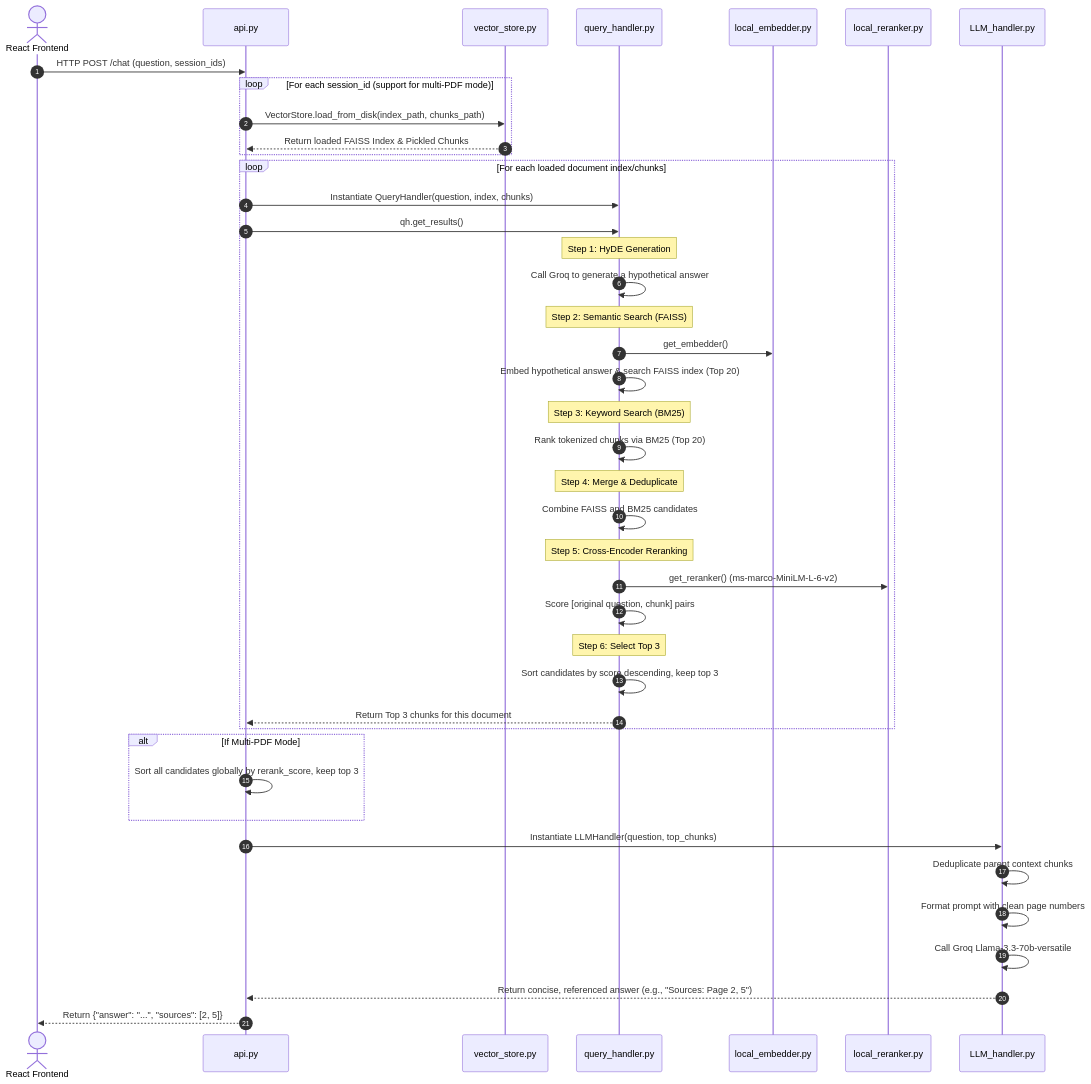
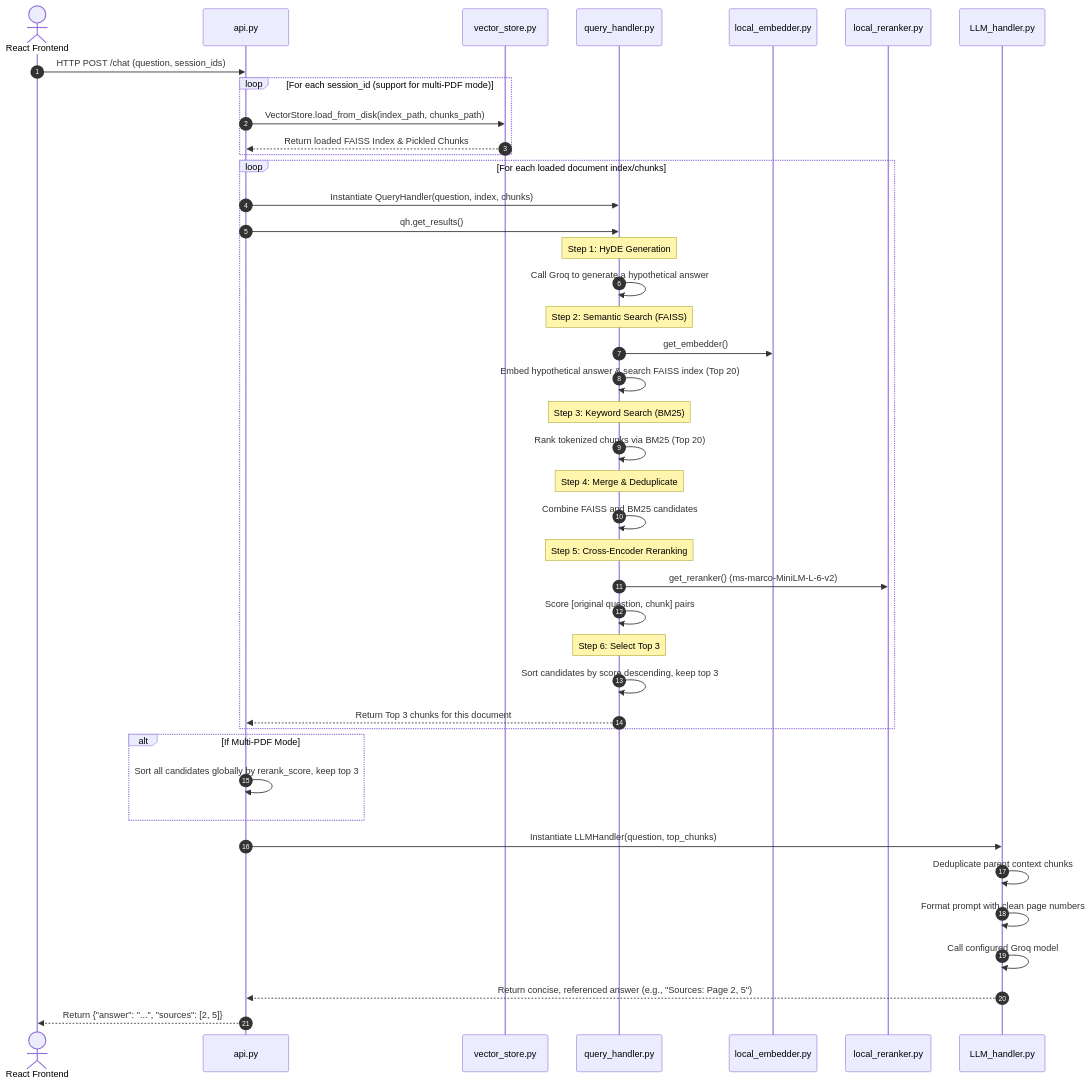
The second of 2 diagrams in backend_architecture_walkthrough.md (WasayRabbani/RAG-document-QA), drawn with Mermaid before and after one commit. The commit also changed other lines of this file and 30 other files, not shown here.

````diff
--- a/backend_architecture_walkthrough.md
+++ b/backend_architecture_walkthrough.md
@@ -130,56 +130,56 @@
 ```mermaid
 sequenceDiagram
     autonumber
     actor User as React Frontend
     participant API as api.py
     participant Store as vector_store.py
     participant QH as query_handler.py
     participant Model as local_embedder.py
     participant Reranker as local_reranker.py
     participant LLM as LLM_handler.py
 
     User->>API: HTTP POST /chat (question, session_ids)
     
     loop For each session_id (support for multi-PDF mode)
         API->>Store: VectorStore.load_from_disk(index_path, chunks_path)
         Store-->>API: Return loaded FAISS Index & Pickled Chunks
     end
     
     loop For each loaded document index/chunks
         API->>QH: Instantiate QueryHandler(question, index, chunks)
         API->>QH: qh.get_results()
         
         Note over QH: Step 1: HyDE Generation
         QH->>QH: Call Groq to generate a hypothetical answer
         
         Note over QH: Step 2: Semantic Search (FAISS)
         QH->>Model: get_embedder()
         QH->>QH: Embed hypothetical answer & search FAISS index (Top 20)
         
         Note over QH: Step 3: Keyword Search (BM25)
         QH->>QH: Rank tokenized chunks via BM25 (Top 20)
         
         Note over QH: Step 4: Merge & Deduplicate
         QH->>QH: Combine FAISS and BM25 candidates
         
         Note over QH: Step 5: Cross-Encoder Reranking
         QH->>Reranker: get_reranker() (ms-marco-MiniLM-L-6-v2)
         QH->>QH: Score [original question, chunk] pairs
         
         Note over QH: Step 6: Select Top 3
         QH->>QH: Sort candidates by score descending, keep top 3
         QH-->>API: Return Top 3 chunks for this document
     end
     
     alt If Multi-PDF Mode
         API->>API: Sort all candidates globally by rerank_score, keep top 3
     end
     
     API->>LLM: Instantiate LLMHandler(question, top_chunks)
     LLM->>LLM: Deduplicate parent context chunks
     LLM->>LLM: Format prompt with clean page numbers
-    LLM->>LLM: Call Groq Llama-3.3-70b-versatile
+    LLM->>LLM: Call configured Groq model
     LLM-->>API: Return concise, referenced answer (e.g., "Sources: Page 2, 5")
     
     API-->>User: Return {"answer": "...", "sources": [2, 5]}
 ```
````
